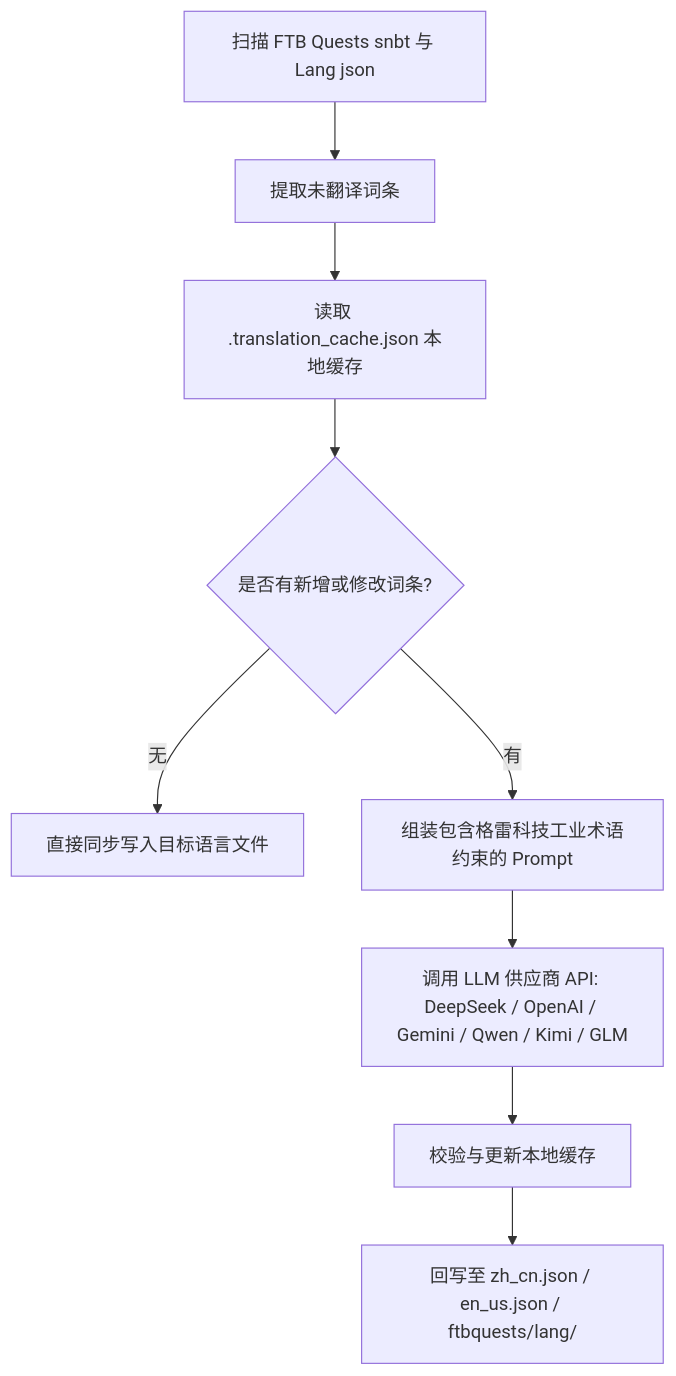
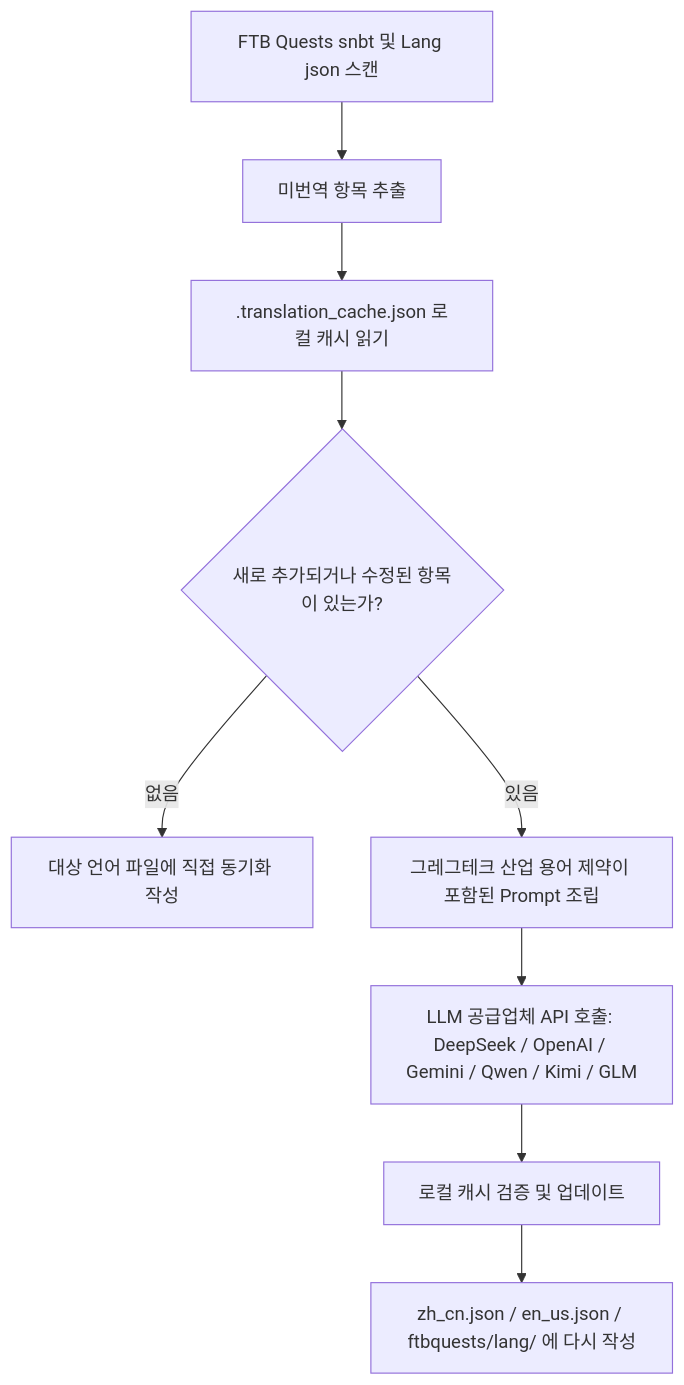
One commit to takanashisatou/GregtechEasy-Docs changed the diagram in docs/ko/ci-cd-and-translation/ai-translation.md. Above: the diagram before and after it, drawn with Mermaid. The commit also changed other lines of this file and 8 other files, not shown here.

````diff
--- a/docs/ko/ci-cd-and-translation/ai-translation.md
+++ b/docs/ko/ci-cd-and-translation/ai-translation.md
@@ -13,11 +13,11 @@
 ```mermaid
 graph TD
-    A[扫描 FTB Quests snbt 与 Lang json] --> B[提取未翻译词条]
-    B --> C[读取 .translation_cache.json 本地缓存]
-    C --> D{是否有新增或修改词条?}
-    D -- 无 --> E[直接同步写入目标语言文件]
-    D -- 有 --> F[组装包含格雷科技工业术语约束的 Prompt]
-    F --> G[调用 LLM 供应商 API: DeepSeek / OpenAI / Gemini / Qwen / Kimi / GLM]
-    G --> H[校验与更新本地缓存]
-    H --> I[回写至 zh_cn.json / en_us.json / ftbquests/lang/]
+    A[FTB Quests snbt 및 Lang json 스캔] --> B[미번역 항목 추출]
+    B --> C[.translation_cache.json 로컬 캐시 읽기]
+    C --> D{새로 추가되거나 수정된 항목이 있는가?}
+    D -- 없음 --> E[대상 언어 파일에 직접 동기화 작성]
+    D -- 있음 --> F[그레그테크 산업 용어 제약이 포함된 Prompt 조립]
+    F --> G[LLM 공급업체 API 호출: DeepSeek / OpenAI / Gemini / Qwen / Kimi / GLM]
+    G --> H[로컬 캐시 검증 및 업데이트]
+    H --> I[zh_cn.json / en_us.json / ftbquests/lang/ 에 다시 작성]
 ```
````
